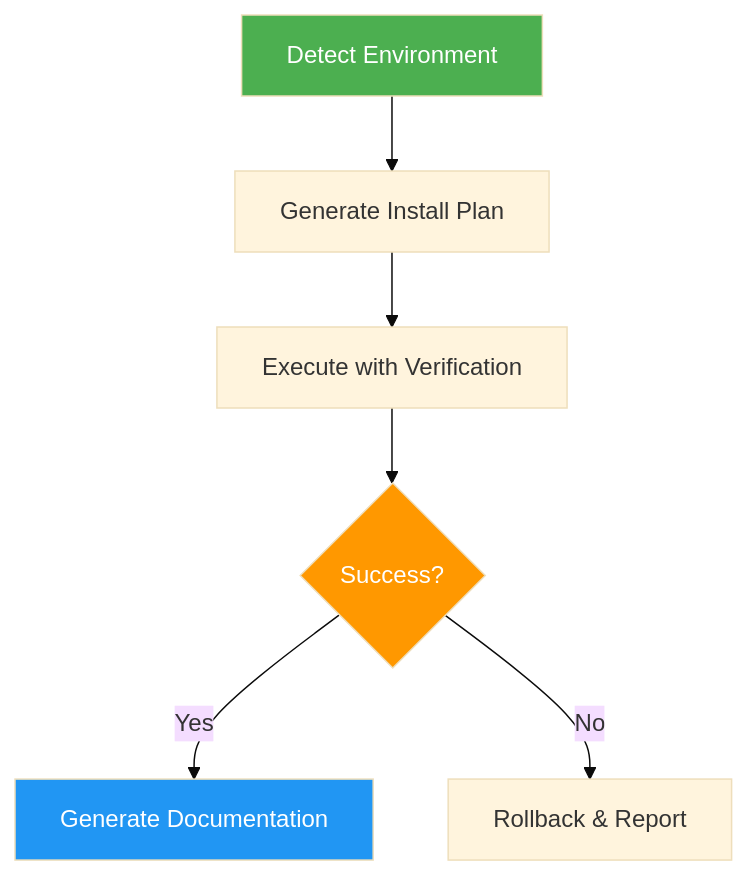
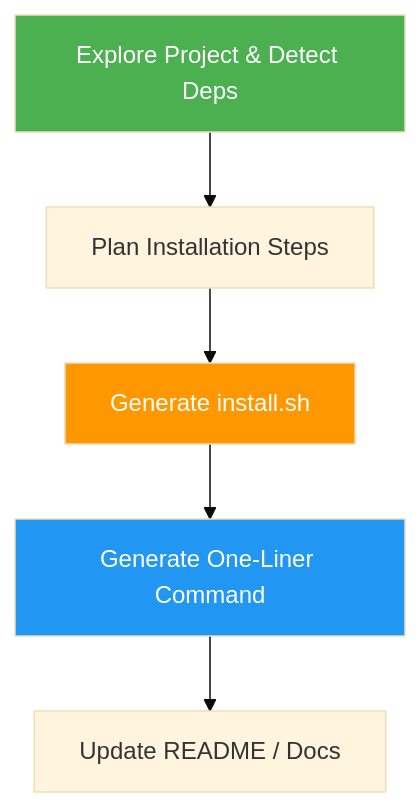
The diagram in skills/install-script-generator/README.md (luongnv89/skills), drawn with Mermaid (base theme) before and after one commit. The commit also changed other lines of this file and 1 other file, not shown here.

First line of the commit message:
feat: add single-command curl|bash install via GitHub raw URLs to install-script-generator (v2.0.0)

````diff
--- a/skills/install-script-generator/README.md
+++ b/skills/install-script-generator/README.md
@@ -22,11 +25,10 @@
 ```mermaid
 graph TD
-    A["Detect Environment"] --> B["Generate Install Plan"]
-    B --> C["Execute with Verification"]
-    C --> D{"Success?"}
-    D -->|Yes| E["Generate Documentation"]
-    D -->|No| F["Rollback & Report"]
+    A["Explore Project & Detect Deps"] --> B["Plan Installation Steps"]
+    B --> C["Generate install.sh"]
+    C --> D["Generate One-Liner Command"]
+    D --> E["Update README / Docs"]
     style A fill:#4CAF50,color:#fff
-    style D fill:#FF9800,color:#fff
-    style E fill:#2196F3,color:#fff
+    style C fill:#FF9800,color:#fff
+    style D fill:#2196F3,color:#fff
 ```
````
